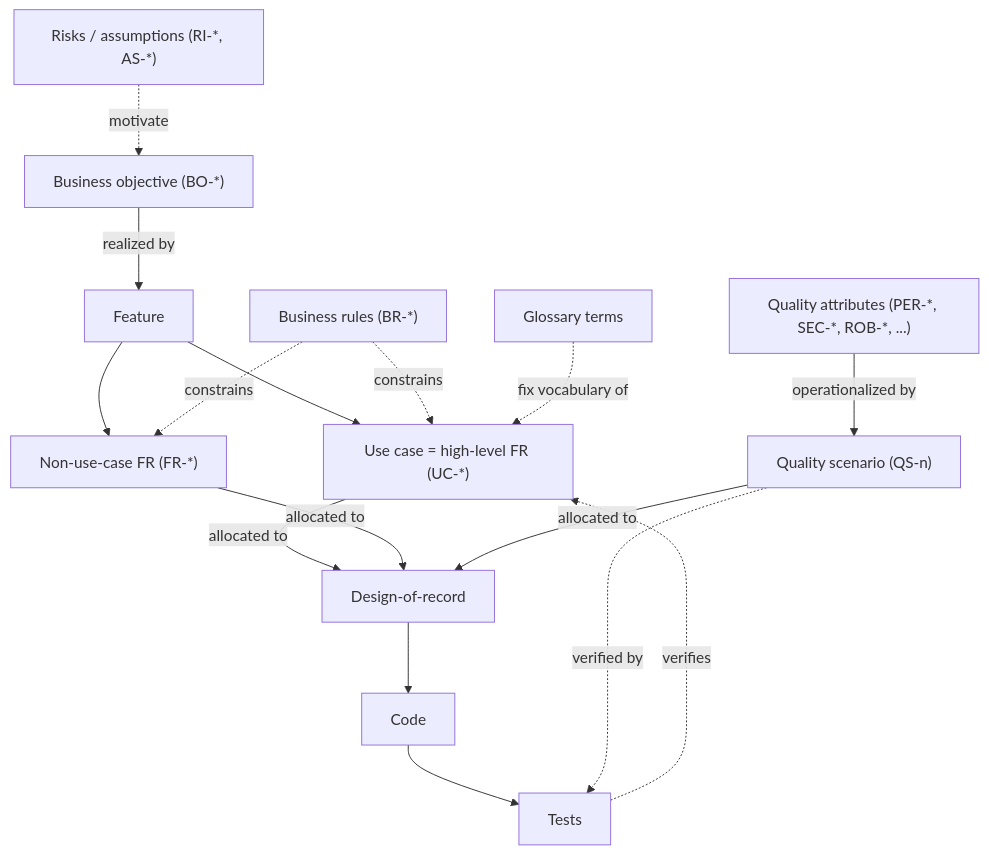
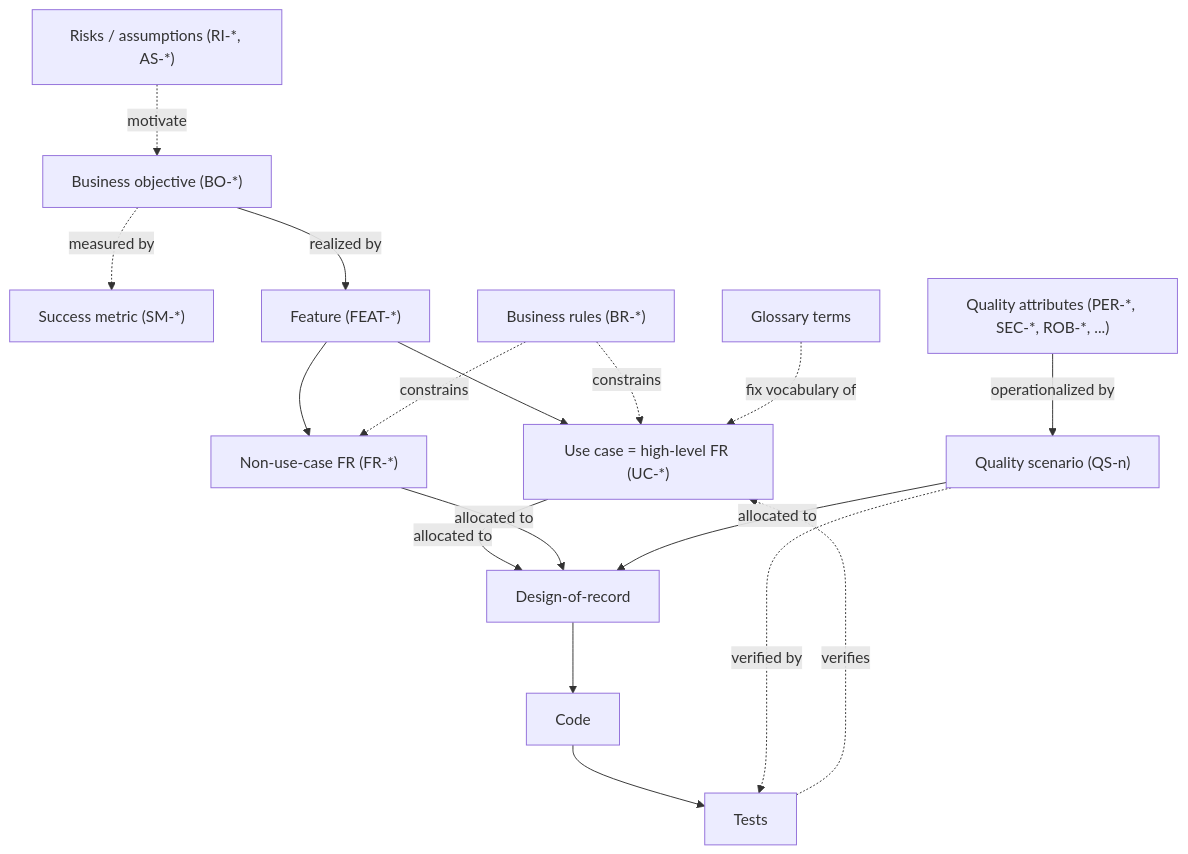
The diagram in docs/methodology.md (Washingtonwei/project-pulse), drawn with Mermaid before and after one commit. The commit also changed other lines of this file and 11 other files, not shown here.

````diff
--- a/docs/methodology.md
+++ b/docs/methodology.md
@@ -86,21 +86,22 @@
 ```mermaid
 flowchart TD
     RIAS["Risks / assumptions (RI-*, AS-*)"] -. motivate .-> BO["Business objective (BO-*)"]
-    BO -- realized by --> FEAT["Feature"]
+    BO -. measured by .-> SM["Success metric (SM-*)"]
+    BO -- realized by --> FEAT["Feature (FEAT-*)"]
     FEAT --> UC["Use case = high-level FR (UC-*)"]
     FEAT --> FR["Non-use-case FR (FR-*)"]
     UC -- allocated to --> DSGN["Design-of-record"]
     FR -- allocated to --> DSGN
     DSGN --> CODE["Code"]
     CODE --> TEST["Tests"]
     TEST -. verifies .-> UC
 
     BR["Business rules (BR-*)"] -. constrains .-> UC
     BR -. constrains .-> FR
 
     QA["Quality attributes (PER-*, SEC-*, ROB-*, ...)"] -- operationalized by --> QS["Quality scenario (QS-n)"]
     QS -- allocated to --> DSGN
     QS -. verified by .-> TEST
 
     GLOSS["Glossary terms"] -. fix vocabulary of .-> UC
 ```
````
